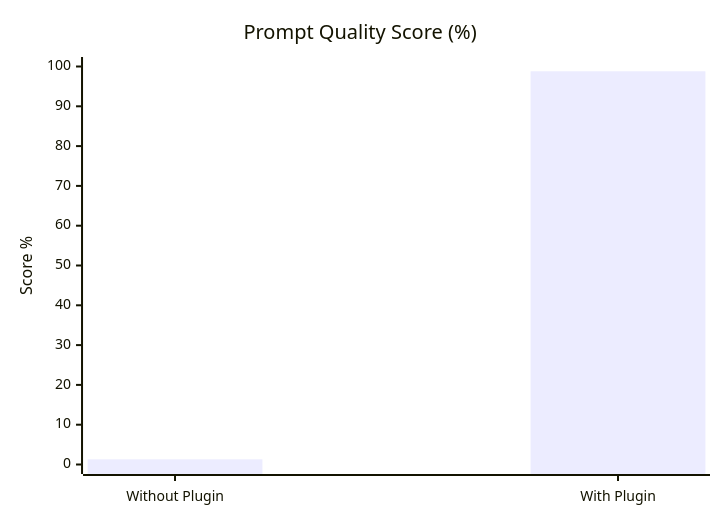
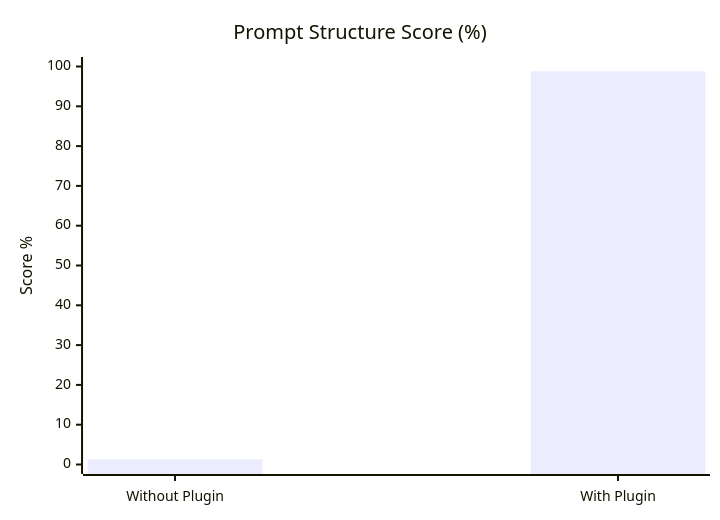
Before and after one commit to yzamari/10x-architect-marketplace: the seventh of 8 diagrams in README.md, drawn with Mermaid. The commit also changed other lines of this file and 4 other files, not shown here.

````diff
--- a/README.md
+++ b/README.md
@@ -599,7 +611,7 @@
 ```mermaid
 xychart-beta
-    title "Prompt Quality Score (%)"
+    title "Prompt Structure Score (%)"
     x-axis ["Without Plugin", "With Plugin"]
     y-axis "Score %" 0 --> 100
     bar [1.3, 98.8]
 ```
````
